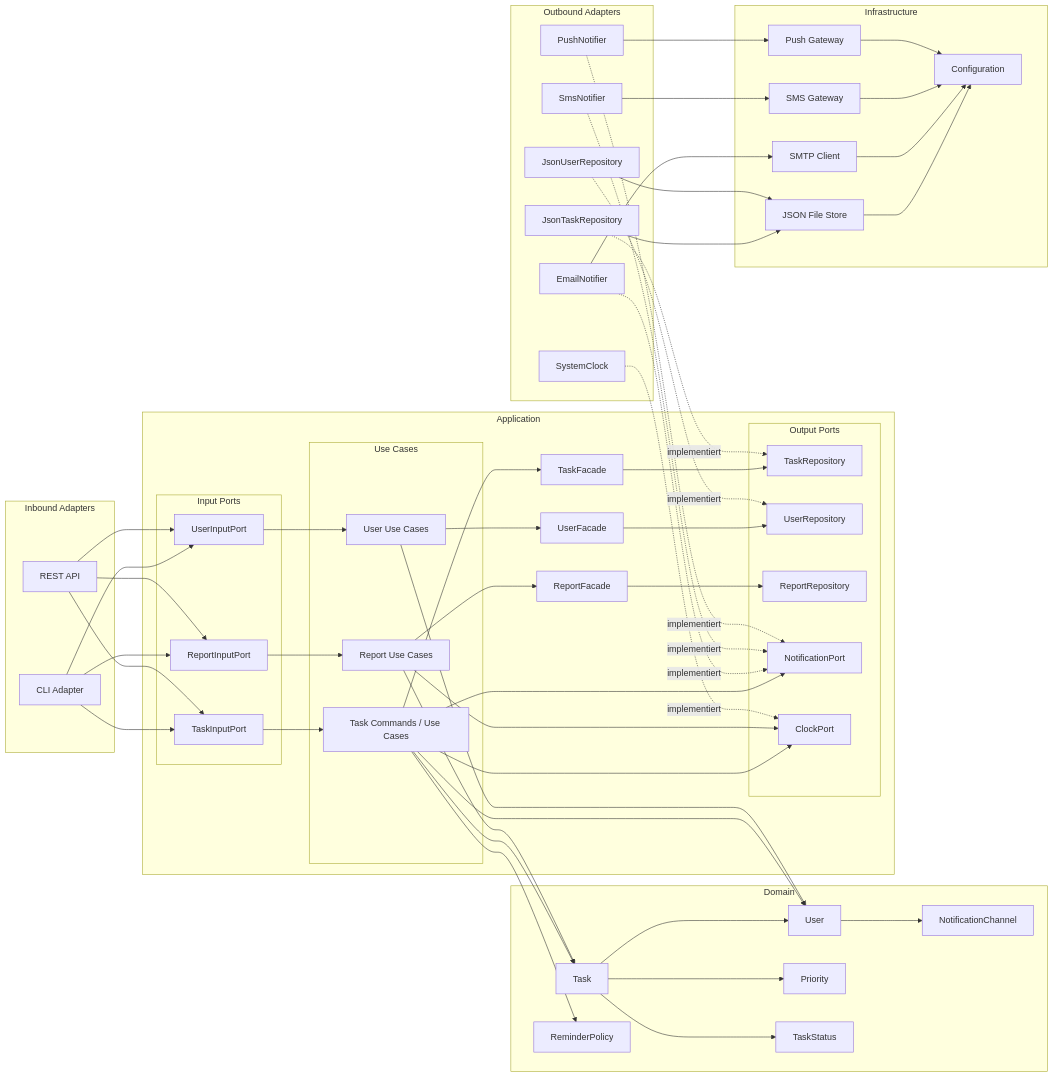
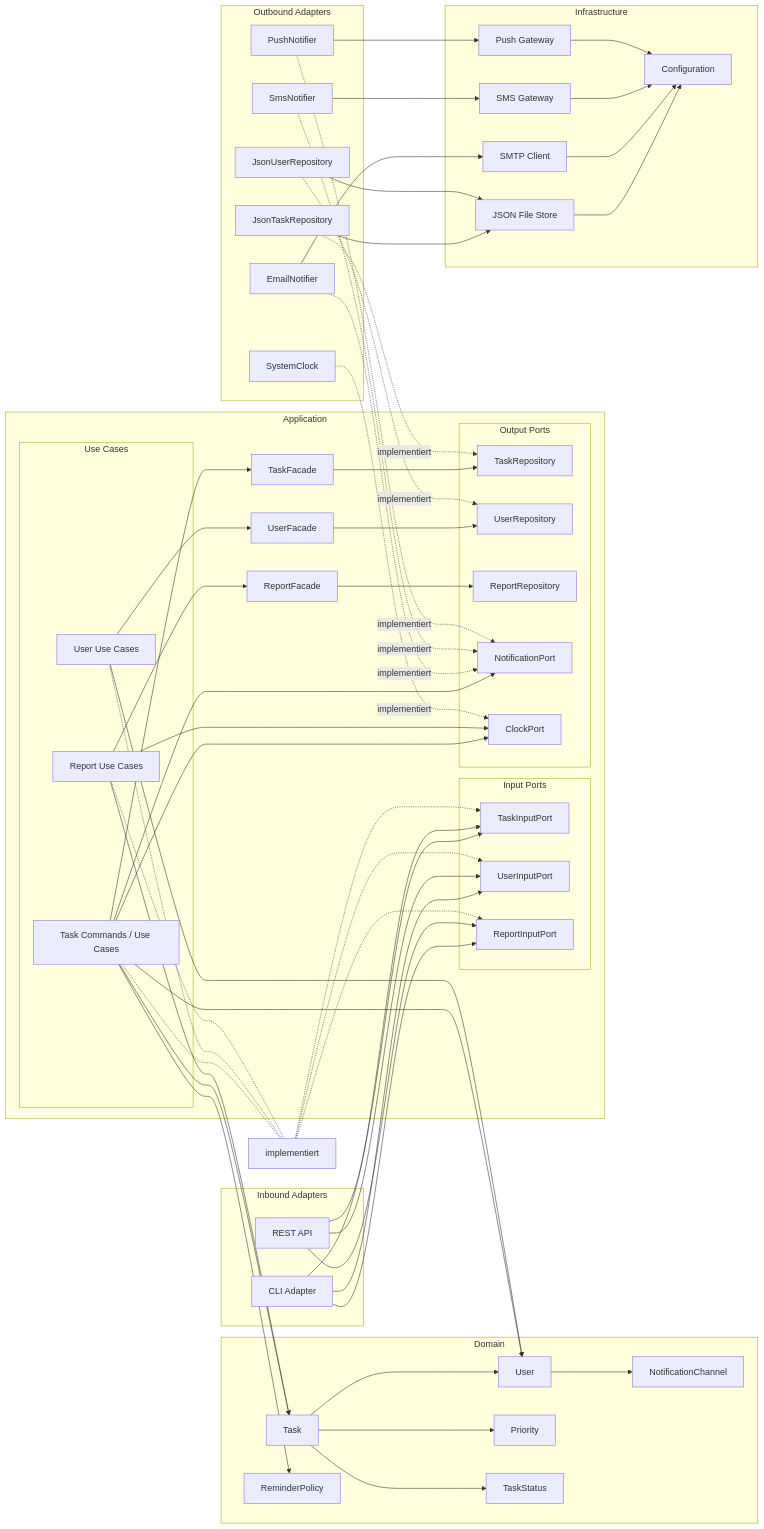
Before and after one commit to marvinhamacher/CodeQualerinoFixed: the diagram in arcgitekturmodell v3.md, drawn with Mermaid.

Commit message:
Update arcgitekturmodell v3.md

```diff
--- a/arcgitekturmodell v3.md
+++ b/arcgitekturmodell v3.md
@@ -69,9 +69,9 @@
 REST --> UserInput
 REST --> ReportInput
 
-TaskInput --> TaskUC
-UserInput --> UserUC
-ReportInput --> ReportUC
+TaskUC .- implementiert .-> TaskInput
+UserUC .- implementiert .-> UserInput
+ReportUC .- implementiert .-> ReportInput
 
 TaskUC --> Task
 TaskUC --> User
```
